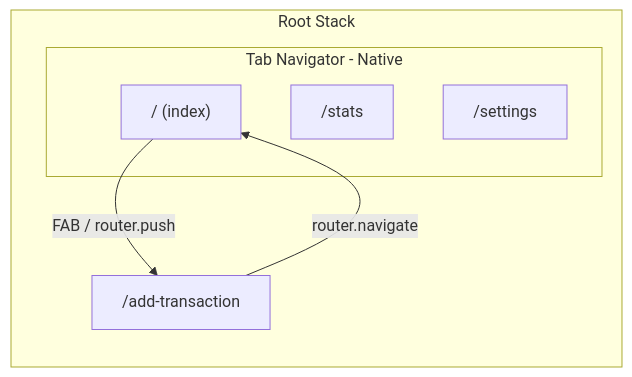
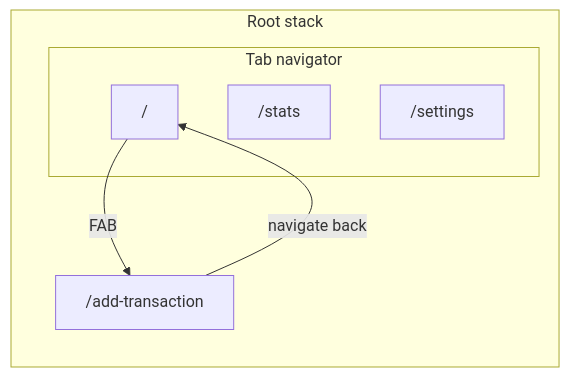
One commit to Mitko-M/FinDash changed the second of 4 diagrams in docs/PROJECT_ARCHITECTURE.md. Above: the diagram before and after it, drawn with Mermaid. The commit also changed other lines of this file and 3 other files, not shown here.

````diff
--- a/docs/PROJECT_ARCHITECTURE.md
+++ b/docs/PROJECT_ARCHITECTURE.md
@@ -210,16 +176,16 @@
 ```mermaid
 flowchart LR
-    subgraph tabs [Tab Navigator - Native]
-        Home["/ (index)"]
+    subgraph tabs [Tab navigator]
+        Home["/"]
         Stats["/stats"]
         Settings["/settings"]
     end
 
-    subgraph stack [Root Stack]
+    subgraph stack [Root stack]
         tabs
         AddTx["/add-transaction"]
     end
 
-    Home -->|"FAB / router.push"| AddTx
-    AddTx -->|"router.navigate"| Home
+    Home -->|FAB| AddTx
+    AddTx -->|navigate back| Home
 ```
````
